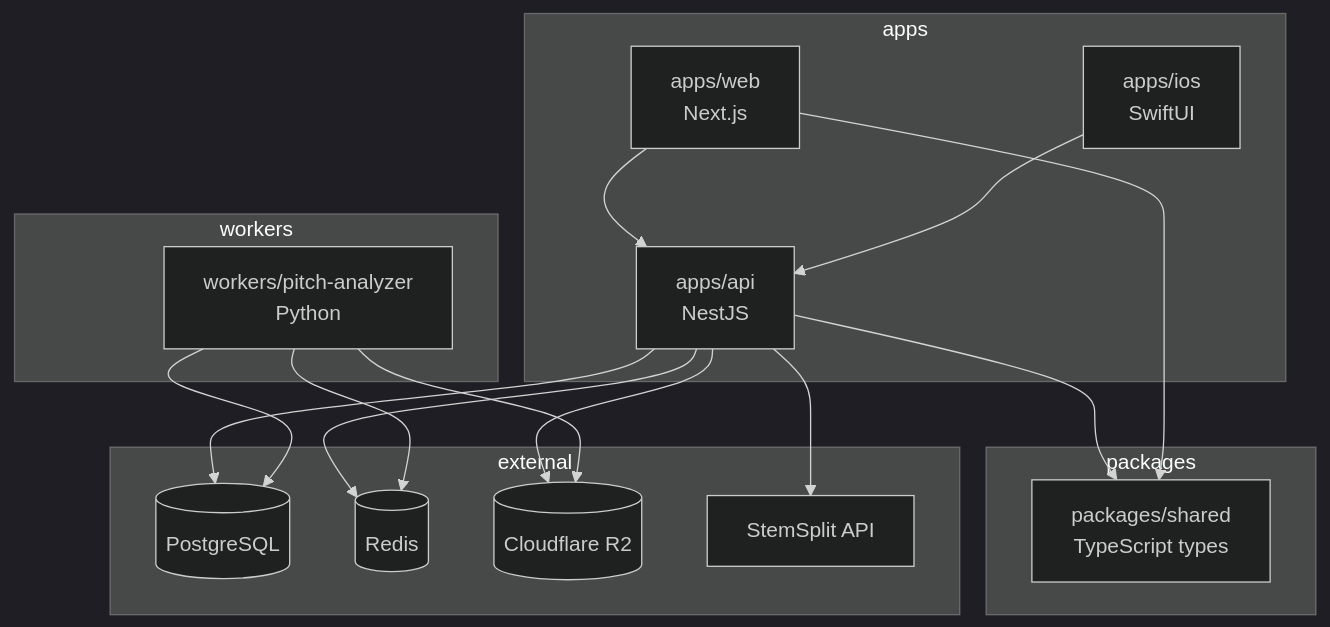
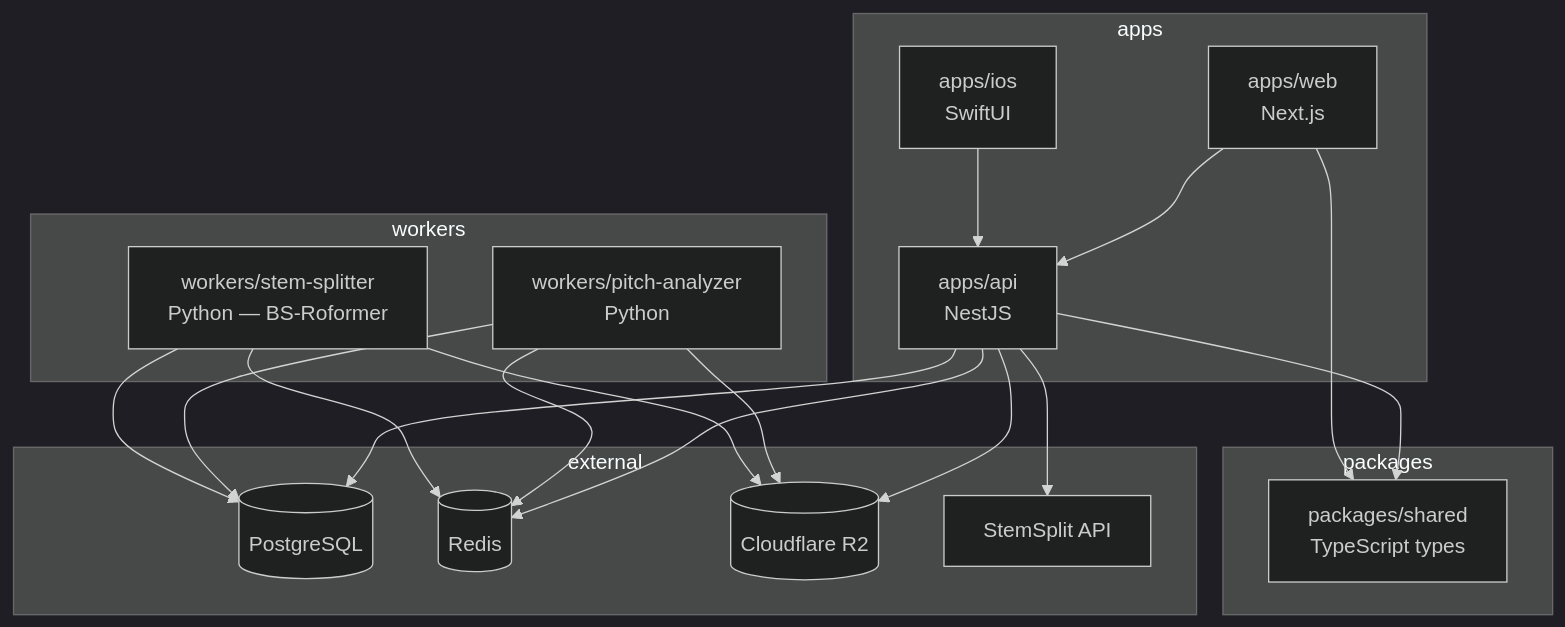
The diagram in docs/09-project-structure.md (pawelgawliczek/intonavio), drawn with Mermaid (dark theme) before and after one commit. The commit also changed other lines of this file and 10 other files, not shown here.

````diff
--- a/docs/09-project-structure.md
+++ b/docs/09-project-structure.md
@@ -247,39 +267,44 @@
 ```mermaid
 graph TD
     subgraph apps
         API[apps/api<br/>NestJS]
         Web[apps/web<br/>Next.js]
         iOS[apps/ios<br/>SwiftUI]
     end
 
     subgraph packages
         Shared[packages/shared<br/>TypeScript types]
     end
 
     subgraph workers
         Pitch[workers/pitch-analyzer<br/>Python]
+        Stem[workers/stem-splitter<br/>Python — BS-Roformer]
     end
 
     subgraph external
         PG[(PostgreSQL)]
         Redis[(Redis)]
         R2[(Cloudflare R2)]
         SS[StemSplit API]
     end
 
     API --> Shared
     Web --> Shared
 
     API --> PG
     API --> Redis
     API --> R2
     API --> SS
 
     Web --> API
 
     iOS --> API
 
     Pitch --> PG
     Pitch --> Redis
     Pitch --> R2
+
+    Stem --> PG
+    Stem --> Redis
+    Stem --> R2
 ```
````
